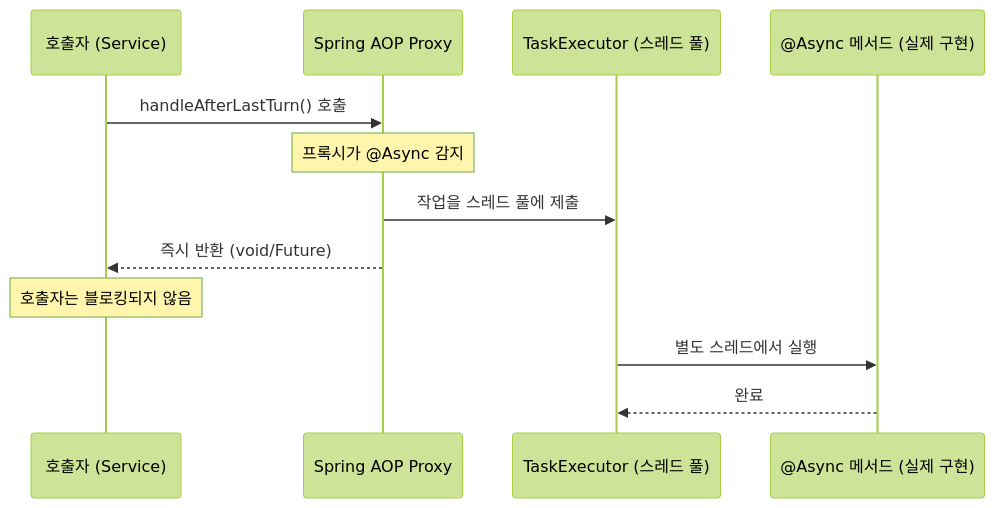
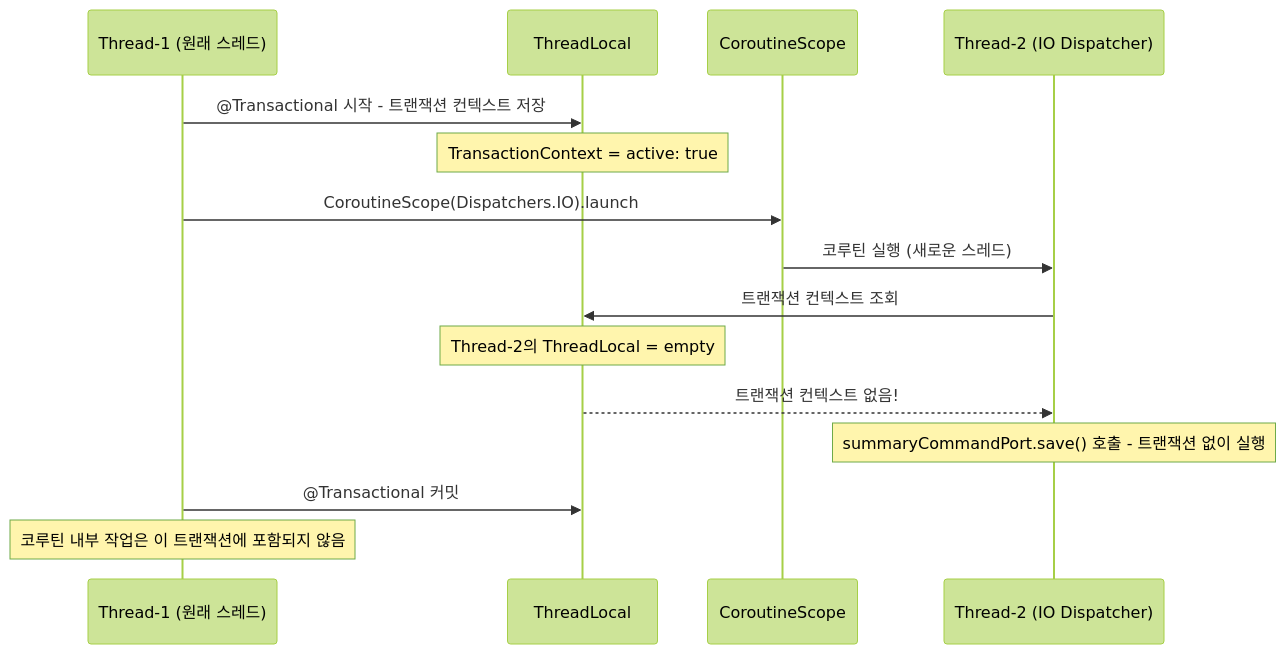
The second of 6 diagrams in _posts/2026-02-07-kotlin-coroutines-to-spring-async-performance-improvement.md (jiwon11/jiwon11.github.io), drawn with Mermaid (forest theme) before and after one commit. The commit also changed other lines of this file and 4 other files, not shown here.

````diff
--- a/_posts/2026-02-07-kotlin-coroutines-to-spring-async-performance-improvement.md
+++ b/_posts/2026-02-07-kotlin-coroutines-to-spring-async-performance-improvement.md
@@ -272,15 +297,18 @@
 ```mermaid
 sequenceDiagram
-    participant Caller as 호출자 (Service)
-    participant Proxy as Spring AOP Proxy
-    participant Executor as TaskExecutor (스레드 풀)
-    participant Target as @Async 메서드 (실제 구현)
+    participant T1 as Thread-1 (원래 스레드)
+    participant TL as ThreadLocal
+    participant CS as CoroutineScope
+    participant T2 as Thread-2 (IO Dispatcher)
 
-    Caller->>Proxy: handleAfterLastTurn() 호출
-    Note over Proxy: 프록시가 @Async 감지
-    Proxy->>Executor: 작업을 스레드 풀에 제출
-    Proxy-->>Caller: 즉시 반환 (void/Future)
-    Note over Caller: 호출자는 블로킹되지 않음
-    Executor->>Target: 별도 스레드에서 실행
-    Target-->>Executor: 완료
+    T1->>TL: @Transactional 시작 - 트랜잭션 컨텍스트 저장
+    Note over TL: TransactionContext = active: true
+    T1->>CS: CoroutineScope(Dispatchers.IO).launch
+    CS->>T2: 코루틴 실행 (새로운 스레드)
+    T2->>TL: 트랜잭션 컨텍스트 조회
+    Note over TL: Thread-2의 ThreadLocal = empty
+    TL-->>T2: 트랜잭션 컨텍스트 없음!
+    Note over T2: summaryCommandPort.save() 호출 - 트랜잭션 없이 실행
+    T1->>TL: @Transactional 커밋
+    Note over T1: 코루틴 내부 작업은 이 트랜잭션에 포함되지 않음
 ```
````
